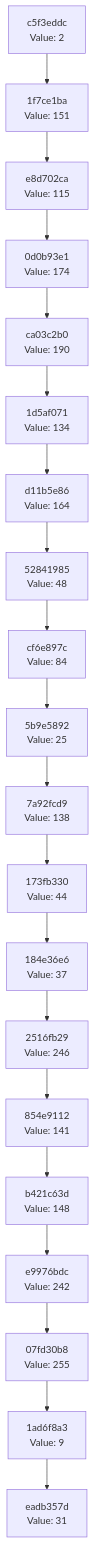
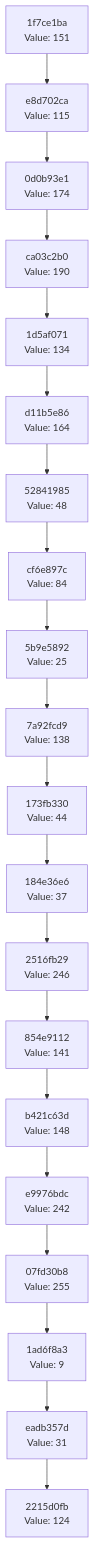
The diagram in docs/CHAIN_VISUALIZATION.md (Abhisheksinha1506/hash-chain-evolver), drawn with Mermaid before and after one commit. The commit also changed 3 other files, not shown here.

````diff
--- a/docs/CHAIN_VISUALIZATION.md
+++ b/docs/CHAIN_VISUALIZATION.md
@@ -3,42 +3,42 @@
 ```mermaid
 graph TD
-    C0["eadb357d<br/>Value: 31"]
-    C1["1ad6f8a3<br/>Value: 9"]
+    C0["2215d0fb<br/>Value: 124"]
+    C1["eadb357d<br/>Value: 31"]
     C1 --> C0
-    C2["07fd30b8<br/>Value: 255"]
+    C2["1ad6f8a3<br/>Value: 9"]
     C2 --> C1
-    C3["e9976bdc<br/>Value: 242"]
+    C3["07fd30b8<br/>Value: 255"]
     C3 --> C2
-    C4["b421c63d<br/>Value: 148"]
+    C4["e9976bdc<br/>Value: 242"]
     C4 --> C3
-    C5["854e9112<br/>Value: 141"]
+    C5["b421c63d<br/>Value: 148"]
     C5 --> C4
-    C6["2516fb29<br/>Value: 246"]
+    C6["854e9112<br/>Value: 141"]
     C6 --> C5
-    C7["184e36e6<br/>Value: 37"]
+    C7["2516fb29<br/>Value: 246"]
     C7 --> C6
-    C8["173fb330<br/>Value: 44"]
+    C8["184e36e6<br/>Value: 37"]
     C8 --> C7
-    C9["7a92fcd9<br/>Value: 138"]
+    C9["173fb330<br/>Value: 44"]
     C9 --> C8
-    C10["5b9e5892<br/>Value: 25"]
+    C10["7a92fcd9<br/>Value: 138"]
     C10 --> C9
-    C11["cf6e897c<br/>Value: 84"]
+    C11["5b9e5892<br/>Value: 25"]
     C11 --> C10
-    C12["52841985<br/>Value: 48"]
+    C12["cf6e897c<br/>Value: 84"]
     C12 --> C11
-    C13["d11b5e86<br/>Value: 164"]
+    C13["52841985<br/>Value: 48"]
     C13 --> C12
-    C14["1d5af071<br/>Value: 134"]
+    C14["d11b5e86<br/>Value: 164"]
     C14 --> C13
-    C15["ca03c2b0<br/>Value: 190"]
+    C15["1d5af071<br/>Value: 134"]
     C15 --> C14
-    C16["0d0b93e1<br/>Value: 174"]
+    C16["ca03c2b0<br/>Value: 190"]
     C16 --> C15
-    C17["e8d702ca<br/>Value: 115"]
+    C17["0d0b93e1<br/>Value: 174"]
     C17 --> C16
-    C18["1f7ce1ba<br/>Value: 151"]
+    C18["e8d702ca<br/>Value: 115"]
     C18 --> C17
-    C19["c5f3eddc<br/>Value: 2"]
+    C19["1f7ce1ba<br/>Value: 151"]
     C19 --> C18
 ```
````
